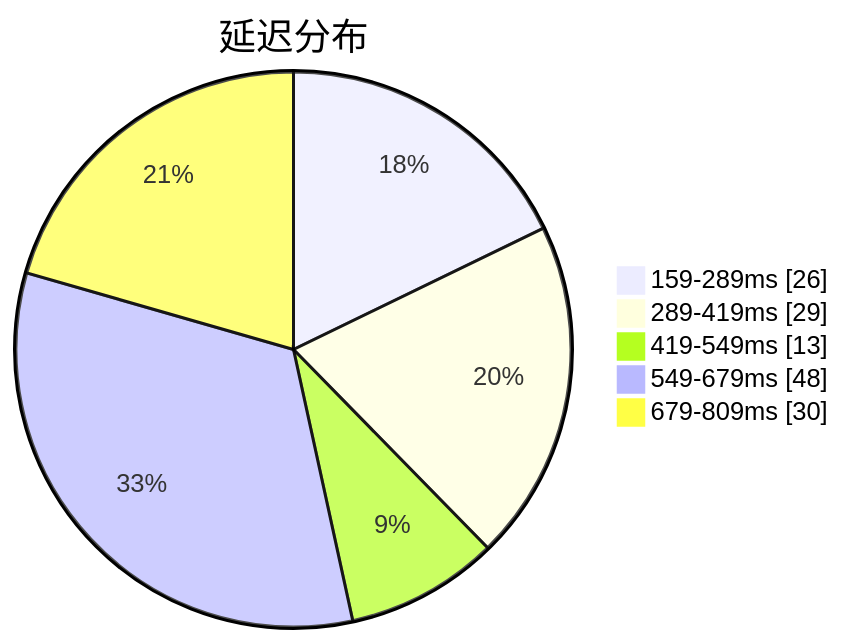
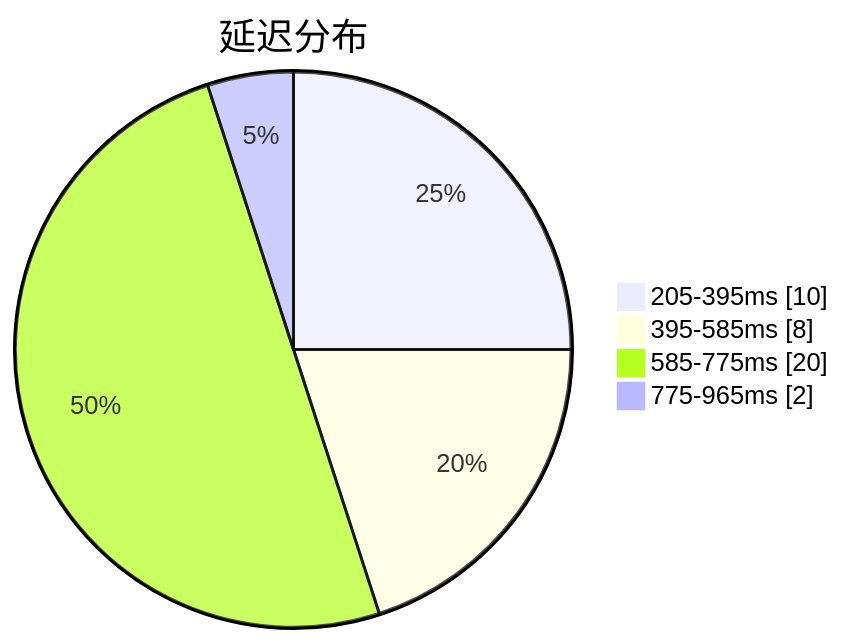
One commit to qjlxg/airport changed the first of 3 diagrams in subs/statistics/tested_within.md. Above: the diagram before and after it, drawn with Mermaid. The commit also changed other lines of this file and 2 other files, not shown here.

````diff
--- a/subs/statistics/tested_within.md
+++ b/subs/statistics/tested_within.md
@@ -2,9 +2,8 @@
 ```mermaid
 pie showData
 title 延迟分布
-"159-289ms" : 26
-"289-419ms" : 29
-"419-549ms" : 13
-"549-679ms" : 48
-"679-809ms" : 30
+"205-395ms" : 10
+"395-585ms" : 8
+"585-775ms" : 20
+"775-965ms" : 2
 ```
````
